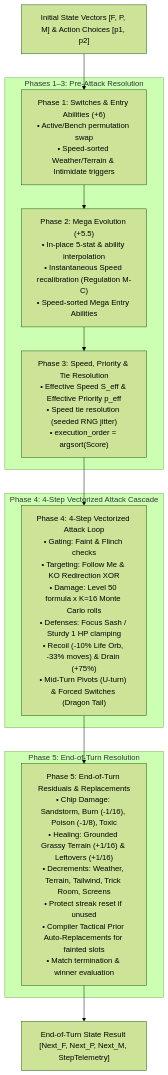
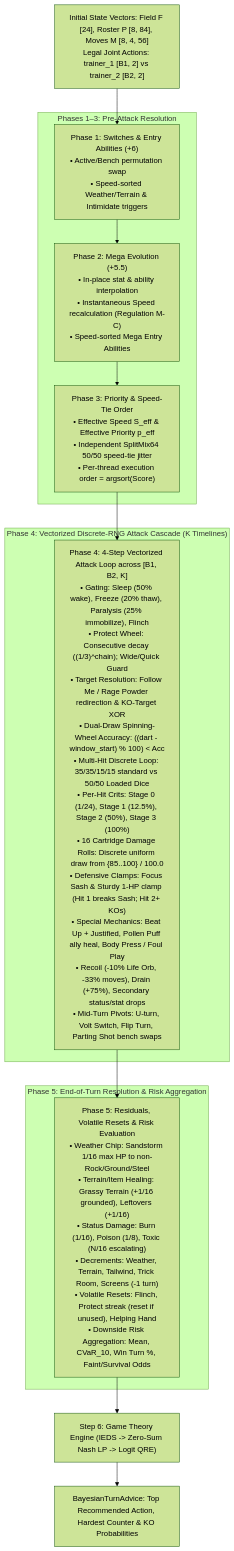
Before and after one commit to esquedev/coach-porygon-vgc: the diagram in README.md, drawn with Mermaid (forest theme). The commit also changed other lines of this file and 3 other files, not shown here.

````diff
--- a/README.md
+++ b/README.md
@@ -25,19 +33,26 @@
 ```mermaid
 flowchart TD
-    State["Initial State Vectors [F, P, M] & Action Choices [p1, p2]"] --> B1
+    State["Initial State Vectors: Field F [24], Roster P [8, 84], Moves M [8, 4, 56]<br>Legal Joint Actions: trainer_1 [B1, 2] vs trainer_2 [B2, 2]"] --> B1
+    
     subgraph PreAttack ["Phases 1–3: Pre-Attack Resolution"]
         B1["Phase 1: Switches & Entry Abilities (+6)<br>• Active/Bench permutation swap<br>• Speed-sorted Weather/Terrain & Intimidate triggers"]
-        B2["Phase 2: Mega Evolution (+5.5)<br>• In-place 5-stat & ability interpolation<br>• Instantaneous Speed recalibration (Regulation M-C)<br>• Speed-sorted Mega Entry Abilities"]
-        B3["Phase 3: Speed, Priority & Tie Resolution<br>• Effective Speed S_eff & Effective Priority p_eff<br>• Speed tie resolution (seeded RNG jitter)<br>• execution_order = argsort(Score)"]
+        B2["Phase 2: Mega Evolution (+5.5)<br>• In-place stat & ability interpolation<br>• Instantaneous Speed recalculation (Regulation M-C)<br>• Speed-sorted Mega Entry Abilities"]
+        B3["Phase 3: Priority & Speed-Tie Order<br>• Effective Speed S_eff & Effective Priority p_eff<br>• Independent SplitMix64 50/50 speed-tie jitter<br>• Per-thread execution order = argsort(Score)"]
         B1 --> B2 --> B3
     end
+
     B3 --> B4
-    subgraph AttackCascade ["Phase 4: 4-Step Vectorized Attack Cascade"]
-        B4["Phase 4: 4-Step Vectorized Attack Loop<br>• Gating: Faint & Flinch checks<br>• Targeting: Follow Me & KO Redirection XOR<br>• Damage: Level 50 formula x K=16 Monte Carlo rolls<br>• Defenses: Focus Sash / Sturdy 1 HP clamping<br>• Recoil (-10% Life Orb, -33% moves) & Drain (+75%)<br>• Mid-Turn Pivots (U-turn) & Forced Switches (Dragon Tail)"]
+
+    subgraph AttackCascade ["Phase 4: Vectorized Discrete-RNG Attack Cascade (K Timelines)"]
+        B4["Phase 4: 4-Step Vectorized Attack Loop across [B1, B2, K]<br>• Gating: Sleep (50% wake), Freeze (20% thaw), Paralysis (25% immobilize), Flinch<br>• Protect Wheel: Consecutive decay ((1/3)^chain); Wide/Quick Guard<br>• Target Resolution: Follow Me / Rage Powder redirection & KO-Target XOR<br>• Dual-Draw Spinning-Wheel Accuracy: ((dart - window_start) % 100) < Acc<br>• Multi-Hit Discrete Loop: 35/35/15/15 standard vs 50/50 Loaded Dice<br>• Per-Hit Crits: Stage 0 (1/24), Stage 1 (12.5%), Stage 2 (50%), Stage 3 (100%)<br>• 16 Cartridge Damage Rolls: Discrete uniform draw from {85..100} / 100.0<br>• Defensive Clamps: Focus Sash & Sturdy 1-HP clamp (Hit 1 breaks Sash; Hit 2+ KOs)<br>• Special Mechanics: Beat Up + Justified, Pollen Puff ally heal, Body Press / Foul Play<br>• Recoil (-10% Life Orb, -33% moves), Drain (+75%), Secondary status/stat drops<br>• Mid-Turn Pivots: U-turn, Volt Switch, Flip Turn, Parting Shot bench swaps"]
     end
+
     B4 --> B5
-    subgraph EndOfTurn ["Phase 5: End-of-Turn Resolution"]
-        B5["Phase 5: End-of-Turn Residuals & Replacements<br>• Chip Damage: Sandstorm, Burn (-1/16), Poison (-1/8), Toxic<br>• Healing: Grounded Grassy Terrain (+1/16) & Leftovers (+1/16)<br>• Decrements: Weather, Terrain, Tailwind, Trick Room, Screens<br>• Protect streak reset if unused<br>• Compiler Tactical Prior Auto-Replacements for fainted slots<br>• Match termination & winner evaluation"]
+
+    subgraph EndOfTurn ["Phase 5: End-of-Turn Resolution & Risk Aggregation"]
+        B5["Phase 5: Residuals, Volatile Resets & Risk Evaluation<br>• Weather Chip: Sandstorm 1/16 max HP to non-Rock/Ground/Steel<br>• Terrain/Item Healing: Grassy Terrain (+1/16 grounded), Leftovers (+1/16)<br>• Status Damage: Burn (1/16), Poison (1/8), Toxic (N/16 escalating)<br>• Decrements: Weather, Terrain, Tailwind, Trick Room, Screens (-1 turn)<br>• Volatile Resets: Flinch, Protect streak (reset if unused), Helping Hand<br>• Downside Risk Aggregation: Mean, CVaR_10, Win Turn %, Faint/Survival Odds"]
     end
-    B5 --> Out["End-of-Turn State Result [Next_F, Next_P, Next_M, StepTelemetry]"]
+
+    B5 --> Solver["Step 6: Game Theory Engine (IEDS -> Zero-Sum Nash LP -> Logit QRE)"]
+    Solver --> Out["BayesianTurnAdvice: Top Recommended Action, Hardest Counter & KO Probabilities"]
 ```
````
